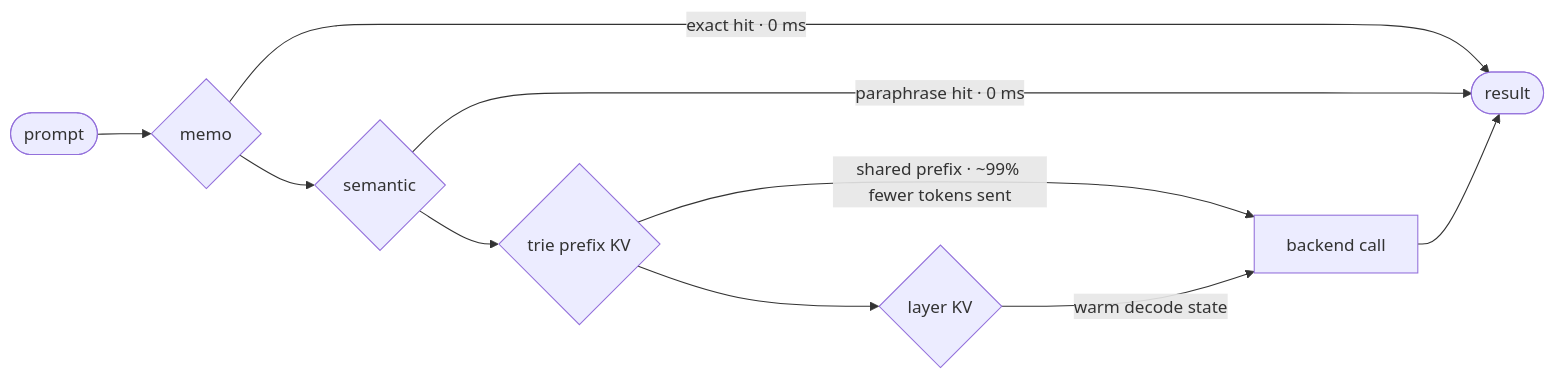
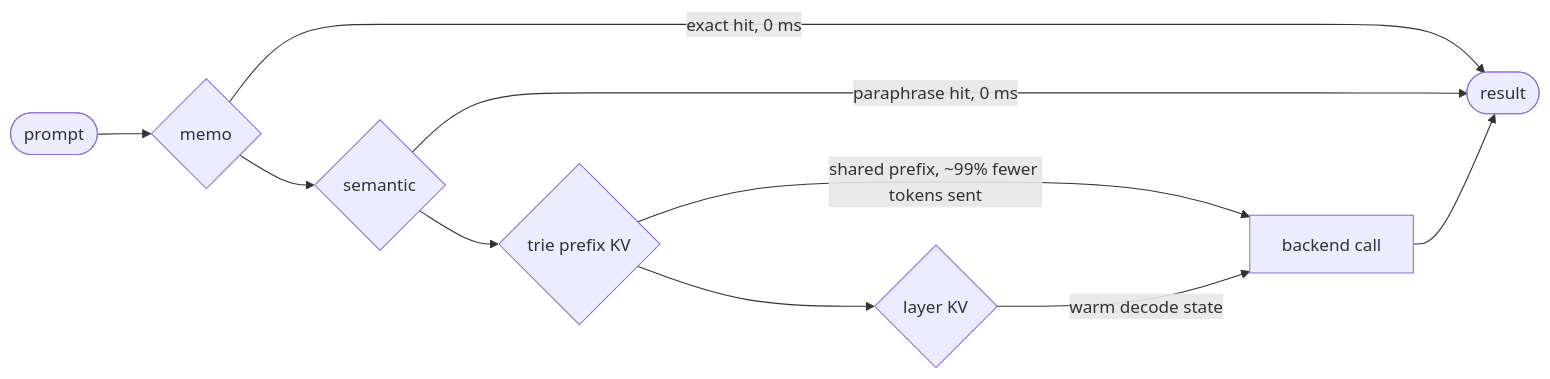
The diagram in README.md (rithulkamesh/continuum), drawn with Mermaid before and after one commit. The commit also changed other lines of this file and 56 other files, not shown here.

````diff
--- a/README.md
+++ b/README.md
@@ -39,12 +33,12 @@
 ```mermaid
 flowchart LR
     P([prompt]) --> M{memo}
-    M -->|exact hit · 0 ms| R([result])
+    M -->|exact hit, 0 ms| R([result])
     M --> S{semantic}
-    S -->|paraphrase hit · 0 ms| R
+    S -->|paraphrase hit, 0 ms| R
     S --> T{trie prefix KV}
-    T -->|"shared prefix · ~99% fewer tokens sent"| B
+    T -->|"shared prefix, ~99% fewer tokens sent"| B
     T --> L{layer KV}
     L -->|warm decode state| B[backend call]
     B --> R
 ```
````
